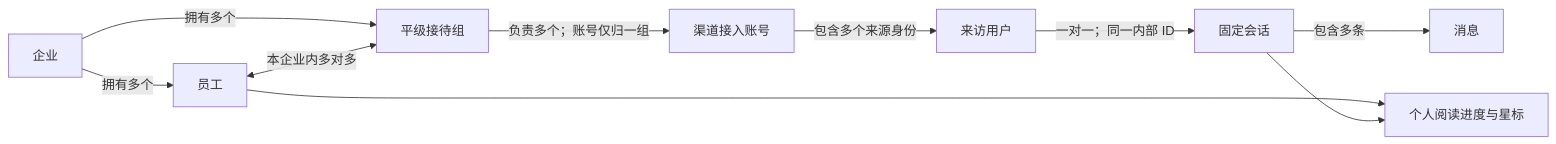
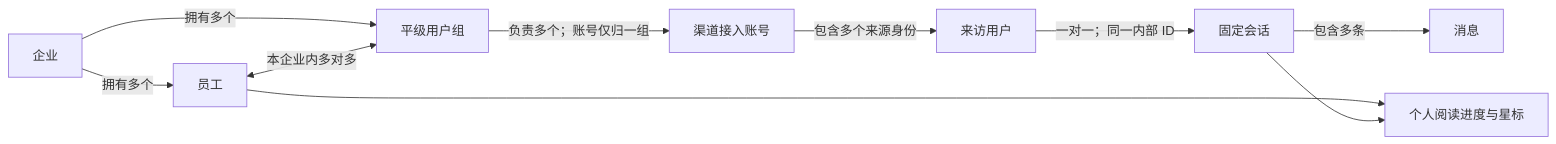
The diagram in docs/design/dudu-server/README.md (Buktal/dudu), drawn with Mermaid before and after one commit. The commit also changed other lines of this file and 128 other files, not shown here.

````diff
--- a/docs/design/dudu-server/README.md
+++ b/docs/design/dudu-server/README.md
@@ -55,12 +55,12 @@
 ```mermaid
 flowchart LR
     company[企业] -->|拥有多个| employee[员工]
-    company -->|拥有多个| group[平级接待组]
+    company -->|拥有多个| group[平级用户组]
     employee <-->|本企业内多对多| group
     group -->|负责多个；账号仅归一组| account[渠道接入账号]
     account -->|包含多个来源身份| visitor[来访用户]
     visitor -->|一对一；同一内部 ID| conversation[固定会话]
     conversation -->|包含多条| message[消息]
     employee --> personal[个人阅读进度与星标]
     conversation --> personal
 ```
````
